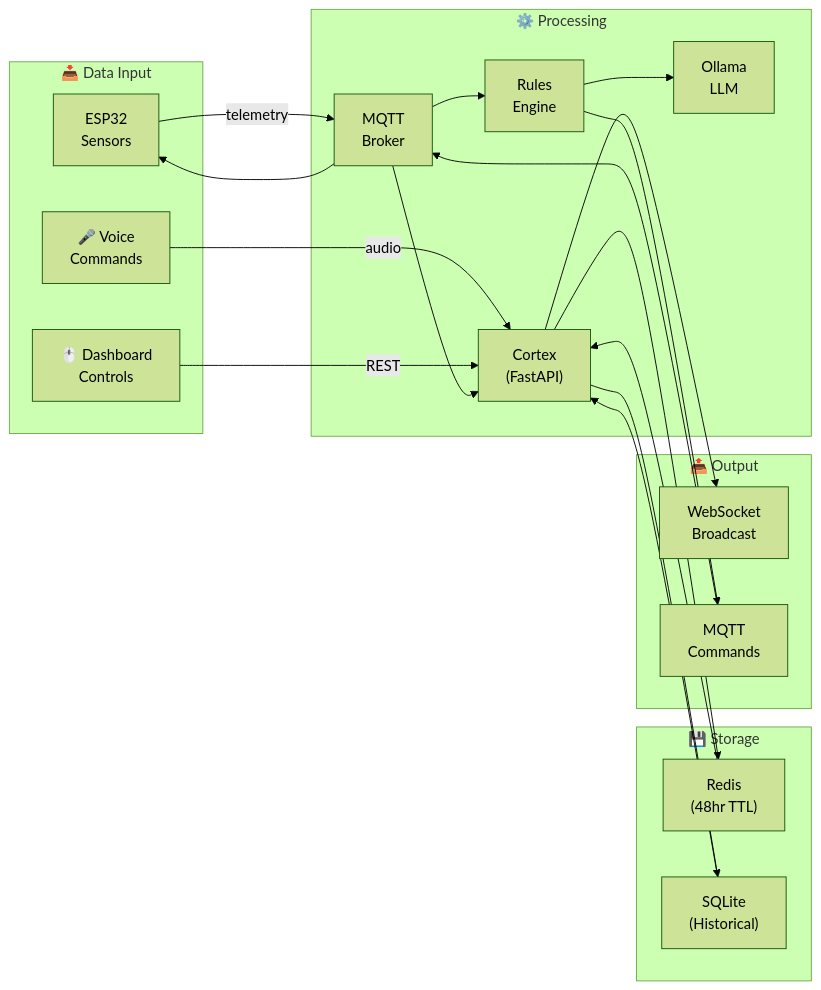
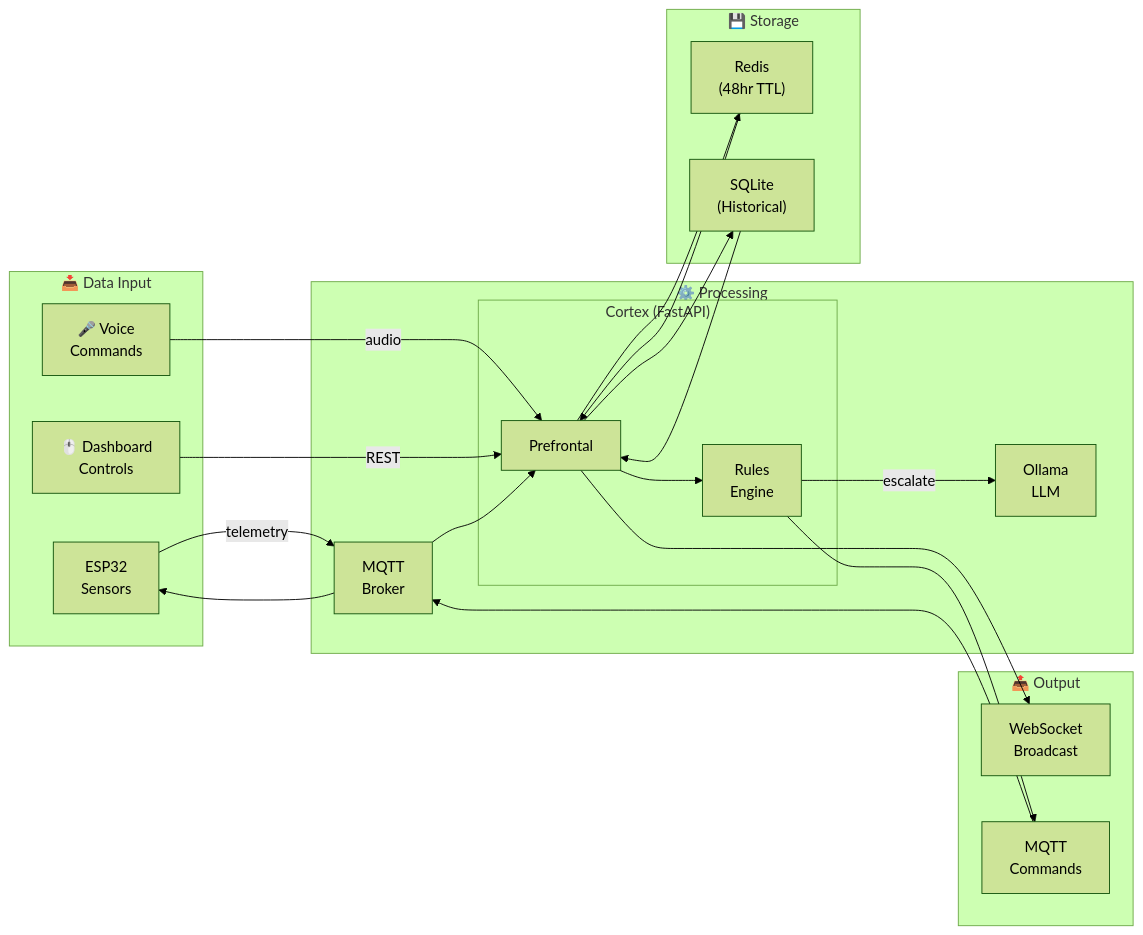
Before and after one commit to curtisblanchette/my-esp32-project: the second of 8 diagrams in README.md, drawn with Mermaid (forest theme). The commit also changed other lines of this file, not shown here.

First line of the commit message:
docs: fix README diagrams for accuracy and rename orchestrator to prefrontal

````diff
--- a/README.md
+++ b/README.md
@@ -78,42 +78,44 @@
 ```mermaid
 flowchart LR
     subgraph Input["📥 Data Input"]
         ESP32["ESP32<br/>Sensors"]
         Voice["🎤 Voice<br/>Commands"]
         UI["🖱️ Dashboard<br/>Controls"]
     end
 
     subgraph Processing["⚙️ Processing"]
         MQTT["MQTT<br/>Broker"]
-        Cortex["Cortex<br/>(FastAPI)"]
-        Rules["Rules<br/>Engine"]
+        subgraph Cortex["Cortex (FastAPI)"]
+            Prefrontal["Prefrontal"]
+            Rules["Rules<br/>Engine"]
+        end
         LLM["Ollama<br/>LLM"]
     end
 
     subgraph Storage["💾 Storage"]
         Redis["Redis<br/>(48hr TTL)"]
         SQLite["SQLite<br/>(Historical)"]
     end
 
     subgraph Output["📤 Output"]
         WS["WebSocket<br/>Broadcast"]
         Commands["MQTT<br/>Commands"]
     end
 
     ESP32 -->|telemetry| MQTT
-    Voice -->|audio| Cortex
-    UI -->|REST| Cortex
+    Voice -->|audio| Prefrontal
+    UI -->|REST| Prefrontal
 
-    MQTT --> Cortex
-    MQTT --> Rules
-    Cortex --> Redis
-    Cortex --> SQLite
-    Rules --> LLM
+    MQTT --> Prefrontal
+    Prefrontal --> Rules
+    Prefrontal --> Redis
+    Prefrontal --> SQLite
+    Rules -->|escalate| LLM
     Rules --> Commands
 
-    Redis --> Cortex
-    SQLite --> Cortex
-    Cortex --> WS
+    Redis --> Prefrontal
+    SQLite --> Prefrontal
+    Prefrontal --> WS
     Commands --> MQTT
     MQTT --> ESP32
 ```
````
